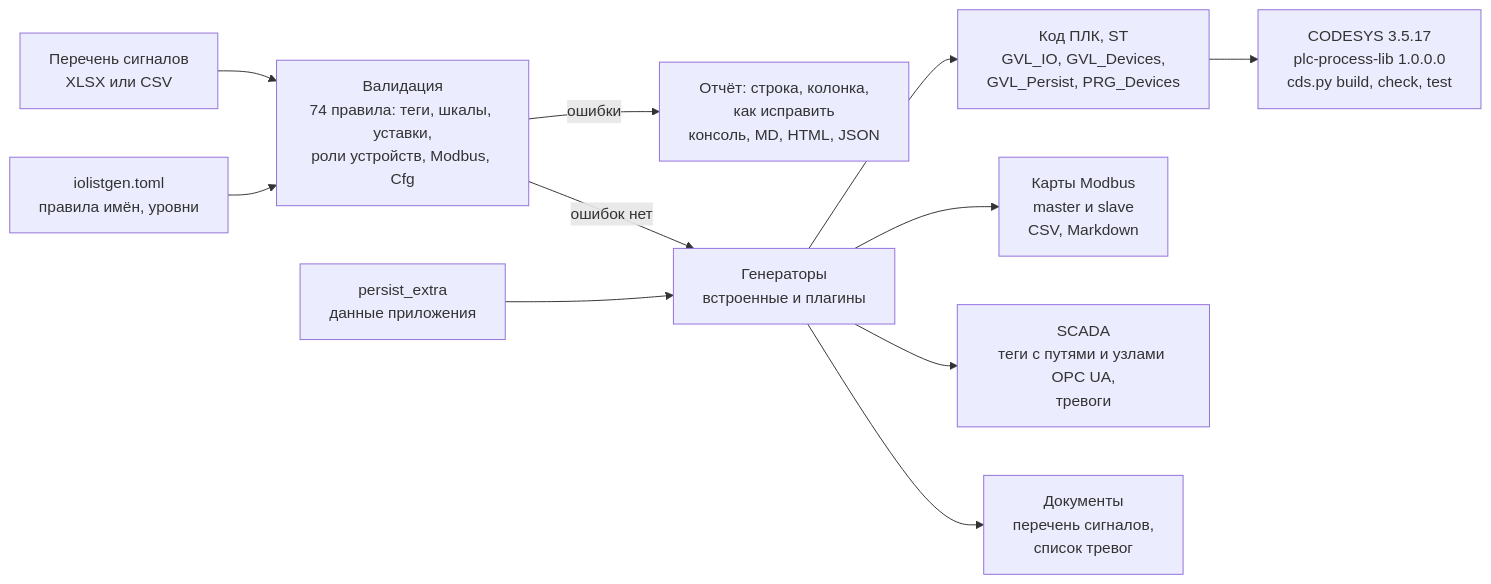
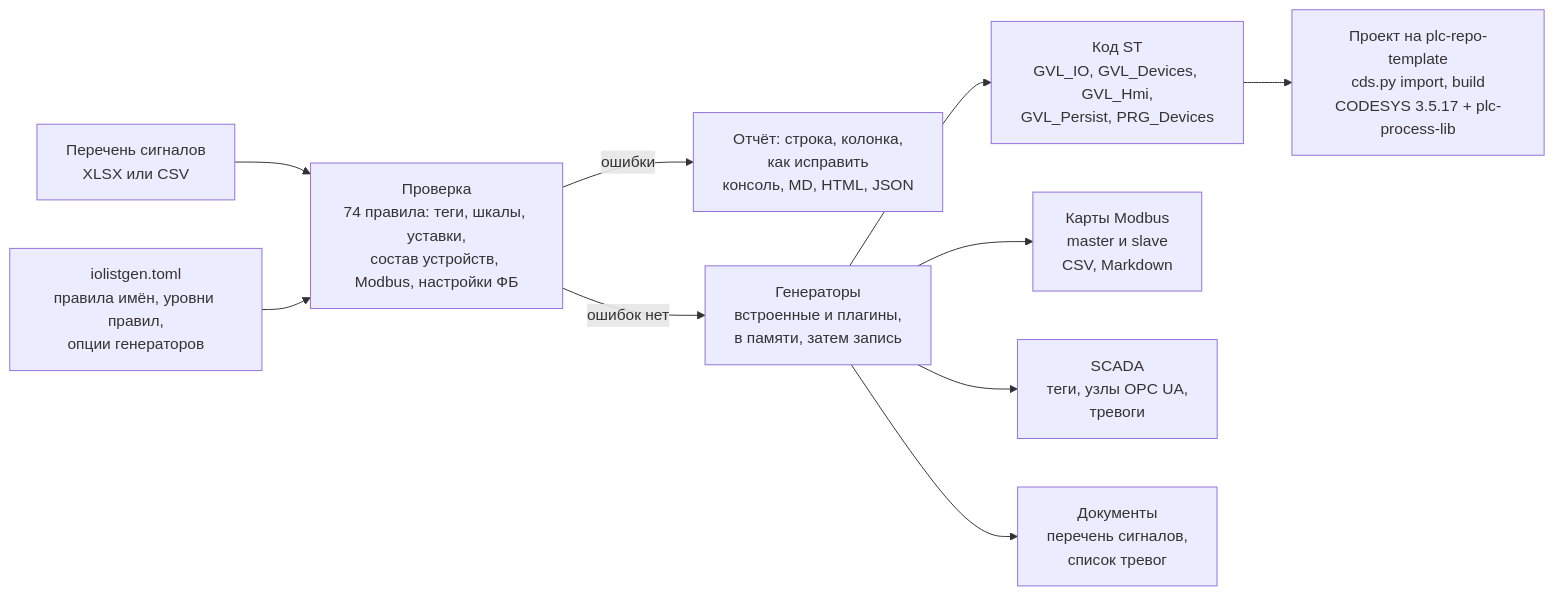
One commit to kr0nsch/iolistgen changed the diagram in README.md. Above: the diagram before and after it, drawn with Mermaid. The commit also changed other lines of this file and 3 other files, not shown here.

````diff
--- a/README.md
+++ b/README.md
@@ -78,13 +460,12 @@
 ```mermaid
 flowchart LR
-    list["Перечень сигналов<br/>XLSX или CSV"] --> check["Валидация<br/>74 правила: теги, шкалы, уставки,<br/>роли устройств, Modbus, Cfg"]
-    cfg["iolistgen.toml<br/>правила имён, уровни"] --> check
+    list["Перечень сигналов<br/>XLSX или CSV"] --> check["Проверка<br/>74 правила: теги, шкалы, уставки,<br/>состав устройств, Modbus, настройки ФБ"]
+    cfg["iolistgen.toml<br/>правила имён, уровни правил,<br/>опции генераторов"] --> check
     check -- "ошибки" --> report["Отчёт: строка, колонка,<br/>как исправить<br/>консоль, MD, HTML, JSON"]
-    check -- "ошибок нет" --> gens["Генераторы<br/>встроенные и плагины"]
-    gens --> st["Код ПЛК, ST<br/>GVL_IO, GVL_Devices,<br/>GVL_Persist, PRG_Devices"]
-    st --> cds["CODESYS 3.5.17<br/>plc-process-lib 1.0.0.0<br/>cds.py build, check, test"]
-    extra["persist_extra<br/>данные приложения"] --> gens
+    check -- "ошибок нет" --> gens["Генераторы<br/>встроенные и плагины,<br/>в памяти, затем запись"]
+    gens --> st["Код ST<br/>GVL_IO, GVL_Devices, GVL_Hmi,<br/>GVL_Persist, PRG_Devices"]
+    st --> cds["Проект на plc-repo-template<br/>cds.py import, build<br/>CODESYS 3.5.17 + plc-process-lib"]
     gens --> maps["Карты Modbus<br/>master и slave<br/>CSV, Markdown"]
-    gens --> scada["SCADA<br/>теги с путями и узлами OPC UA,<br/>тревоги"]
+    gens --> scada["SCADA<br/>теги, узлы OPC UA,<br/>тревоги"]
     gens --> docs["Документы<br/>перечень сигналов,<br/>список тревог"]
 ```
````
